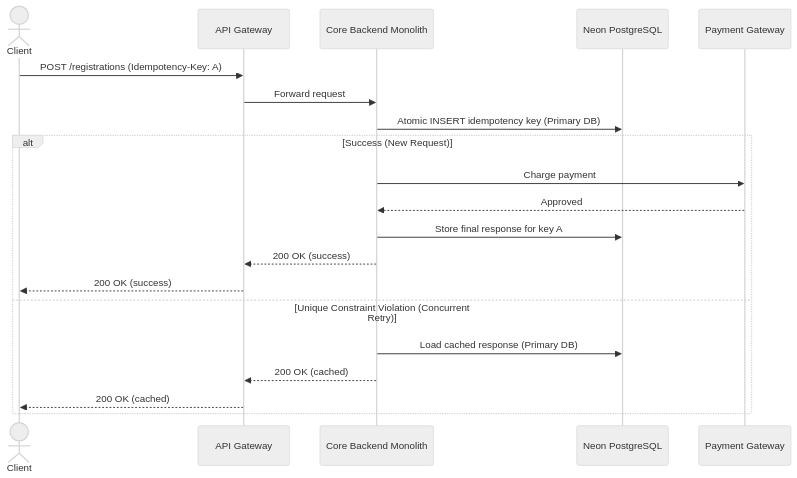
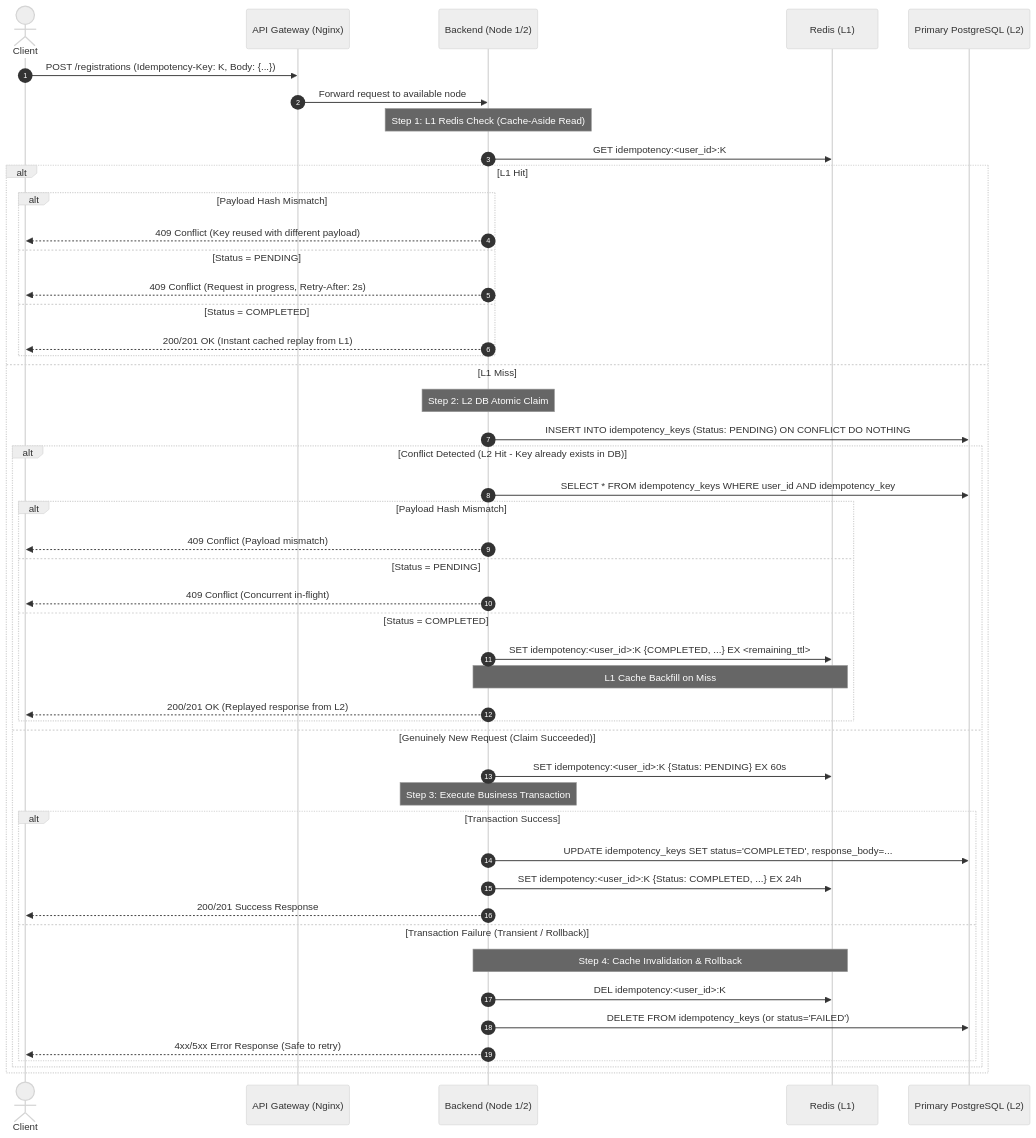
Before and after one commit to phatnguyen975/unihub-workshop: diagram 11 of 13 in docs/system-design.md, drawn with Mermaid (neutral theme). The commit also changed other lines of this file and 34 other files, not shown here.

````diff
--- a/docs/system-design.md
+++ b/docs/system-design.md
@@ -869,23 +908,52 @@
 ```mermaid
 sequenceDiagram
+  autonumber
   actor Client
-  participant GW as API Gateway
-  participant API as Core Backend Monolith
-  participant DB as Neon PostgreSQL
-  participant Pay as Payment Gateway
+  participant GW as API Gateway (Nginx)
+  participant App as Backend (Node 1/2)
+  participant Redis as Redis (L1)
+  participant DB as Primary PostgreSQL (L2)
 
-  Client->>GW: POST /registrations (Idempotency-Key: A)
-  GW->>API: Forward request
-  API->>DB: Atomic INSERT idempotency key (Primary DB)
-  alt Success (New Request)
-    API->>Pay: Charge payment
-    Pay-->>API: Approved
-    API->>DB: Store final response for key A
-    API-->>GW: 200 OK (success)
-    GW-->>Client: 200 OK (success)
-  else Unique Constraint Violation (Concurrent Retry)
-    API->>DB: Load cached response (Primary DB)
-    API-->>GW: 200 OK (cached)
-    GW-->>Client: 200 OK (cached)
+  Client->>GW: POST /registrations (Idempotency-Key: K, Body: {...})
+  GW->>App: Forward request to available node
+
+  Note over App: Step 1: L1 Redis Check (Cache-Aside Read)
+  App->>Redis: GET idempotency:<user_id>:K
+  alt L1 Hit
+    alt Payload Hash Mismatch
+      App-->>Client: 409 Conflict (Key reused with different payload)
+    else Status = PENDING
+      App-->>Client: 409 Conflict (Request in progress, Retry-After: 2s)
+    else Status = COMPLETED
+      App-->>Client: 200/201 OK (Instant cached replay from L1)
+    end
+  else L1 Miss
+    Note over App: Step 2: L2 DB Atomic Claim
+    App->>DB: INSERT INTO idempotency_keys (Status: PENDING) ON CONFLICT DO NOTHING
+    alt Conflict Detected (L2 Hit - Key already exists in DB)
+      App->>DB: SELECT * FROM idempotency_keys WHERE user_id AND idempotency_key
+      alt Payload Hash Mismatch
+        App-->>Client: 409 Conflict (Payload mismatch)
+      else Status = PENDING
+        App-->>Client: 409 Conflict (Concurrent in-flight)
+      else Status = COMPLETED
+        App->>Redis: SET idempotency:<user_id>:K {COMPLETED, ...} EX <remaining_ttl>
+        Note over App,Redis: L1 Cache Backfill on Miss
+        App-->>Client: 200/201 OK (Replayed response from L2)
+      end
+    else Genuinely New Request (Claim Succeeded)
+      App->>Redis: SET idempotency:<user_id>:K {Status: PENDING} EX 60s
+      Note over App: Step 3: Execute Business Transaction
+      alt Transaction Success
+        App->>DB: UPDATE idempotency_keys SET status='COMPLETED', response_body=...
+        App->>Redis: SET idempotency:<user_id>:K {Status: COMPLETED, ...} EX 24h
+        App-->>Client: 200/201 Success Response
+      else Transaction Failure (Transient / Rollback)
+        Note over App,Redis: Step 4: Cache Invalidation & Rollback
+        App->>Redis: DEL idempotency:<user_id>:K
+        App->>DB: DELETE FROM idempotency_keys (or status='FAILED')
+        App-->>Client: 4xx/5xx Error Response (Safe to retry)
+      end
+    end
   end
 ```
````
